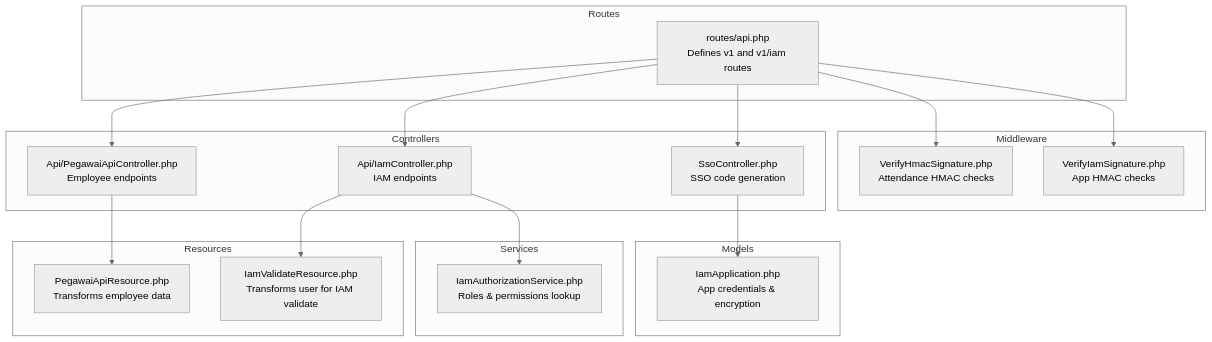
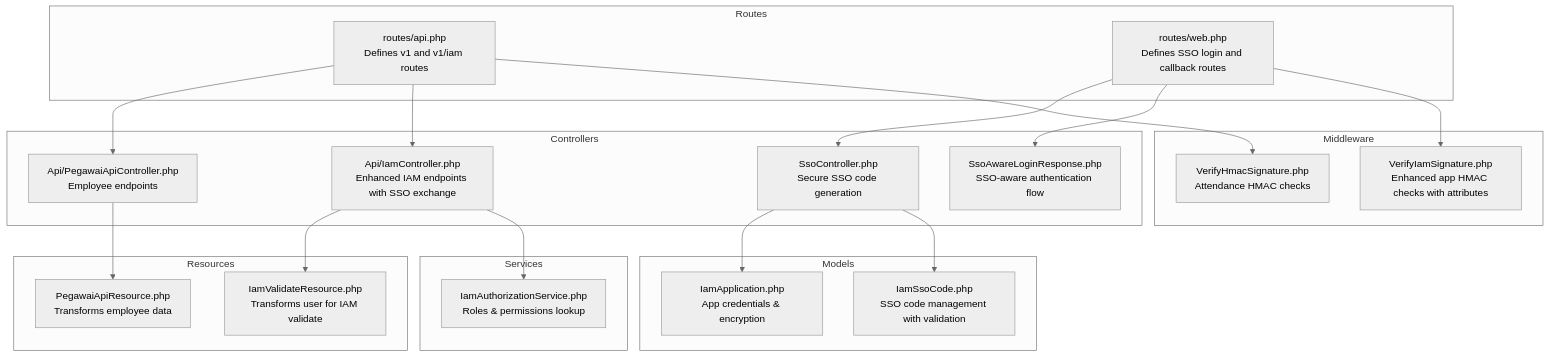
Before and after one commit to PA-Penajam/kepegawaian_apps: the first of 6 diagrams in .qoder/repowiki/en/content/Backend Architecture/Controller Layer/API Controllers.md, drawn with Mermaid (neutral theme). The commit also changed other lines of this file and 13 other files, not shown here.

````diff
--- a/.qoder/repowiki/en/content/Backend Architecture/Controller Layer/API Controllers.md
+++ b/.qoder/repowiki/en/content/Backend Architecture/Controller Layer/API Controllers.md
@@ -44,34 +59,39 @@
 ```mermaid
 graph TB
 subgraph "Routes"
 R1["routes/api.php<br/>Defines v1 and v1/iam routes"]
+R2["routes/web.php<br/>Defines SSO login and callback routes"]
 end
 subgraph "Controllers"
 C1["Api/PegawaiApiController.php<br/>Employee endpoints"]
-C2["Api/IamController.php<br/>IAM endpoints"]
-C3["SsoController.php<br/>SSO code generation"]
+C2["Api/IamController.php<br/>Enhanced IAM endpoints with SSO exchange"]
+C3["SsoController.php<br/>Secure SSO code generation"]
+C4["SsoAwareLoginResponse.php<br/>SSO-aware authentication flow"]
 end
 subgraph "Resources"
 RS1["PegawaiApiResource.php<br/>Transforms employee data"]
 RS2["IamValidateResource.php<br/>Transforms user for IAM validate"]
 end
 subgraph "Middleware"
 M1["VerifyHmacSignature.php<br/>Attendance HMAC checks"]
-M2["VerifyIamSignature.php<br/>App HMAC checks"]
+M2["VerifyIamSignature.php<br/>Enhanced app HMAC checks with attributes"]
 end
 subgraph "Services"
 S1["IamAuthorizationService.php<br/>Roles & permissions lookup"]
 end
 subgraph "Models"
 Mdl1["IamApplication.php<br/>App credentials & encryption"]
+Mdl2["IamSsoCode.php<br/>SSO code management with validation"]
 end
 R1 --> C1
 R1 --> C2
-R1 --> C3
+R2 --> C3
+R2 --> C4
 C1 --> RS1
 C2 --> RS2
 C2 --> S1
 C3 --> Mdl1
+C3 --> Mdl2
 R1 --> M1
-R1 --> M2
+R2 --> M2
 ```
````
